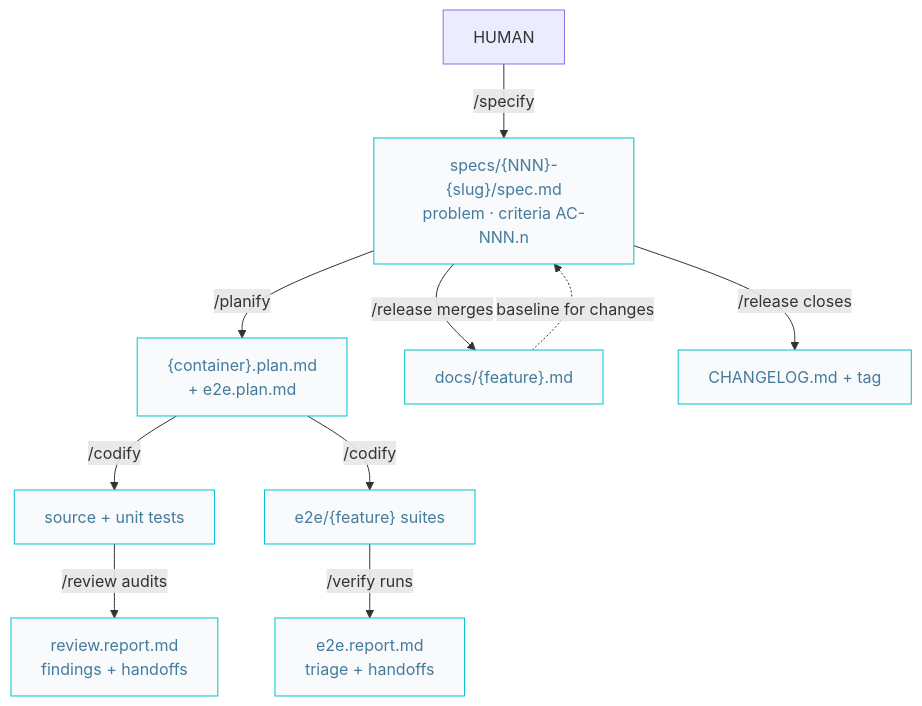
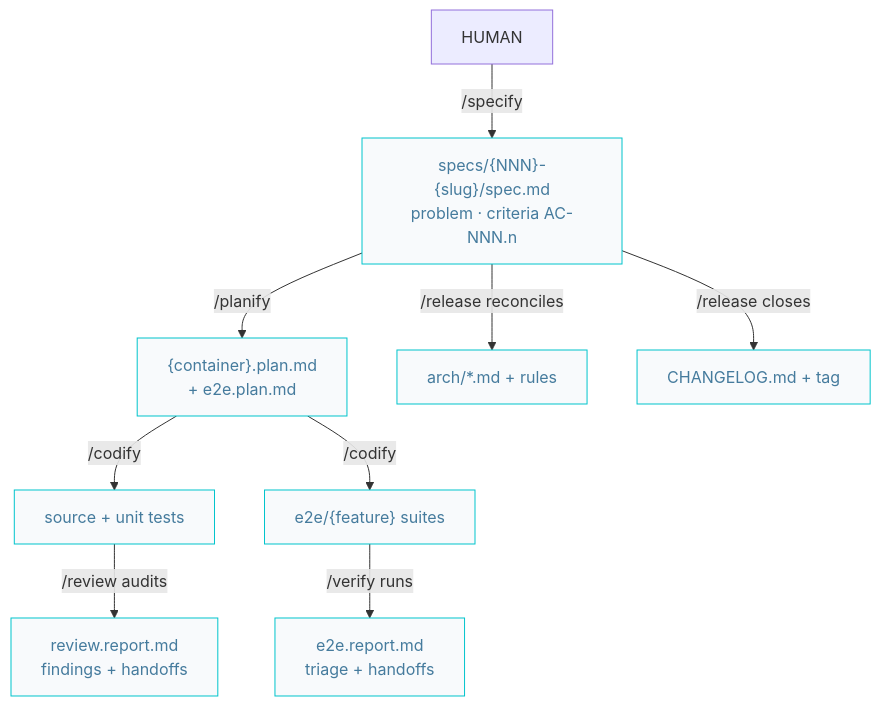
The fourth of 7 diagrams in docs/AIDD.diagrams.md (AIDDbot/AIDDbot), drawn with Mermaid before and after one commit. The commit also changed other lines of this file and 16 other files, not shown here.

````diff
--- a/docs/AIDD.diagrams.md
+++ b/docs/AIDD.diagrams.md
@@ -83,24 +84,23 @@
 ```mermaid
 flowchart TD
   classDef nd fill:#f8fafc,stroke:#00c4cc,color:#457b9d
 
   HUM[HUMAN]
   SPC["specs/{NNN}-{slug}/spec.md<br/>problem · criteria AC-NNN.n"]:::nd
   PLN["{container}.plan.md<br/>+ e2e.plan.md"]:::nd
   SRC["source + unit tests"]:::nd
   E2E["e2e/{feature} suites"]:::nd
   RPT["e2e.report.md<br/>triage + handoffs"]:::nd
   RVR["review.report.md<br/>findings + handoffs"]:::nd
-  DOC["docs/{feature}.md"]:::nd
+  ARC["arch/*.md + rules"]:::nd
   CHL["CHANGELOG.md + tag"]:::nd
 
   HUM -->|/specify| SPC
   SPC -->|/planify| PLN
   PLN -->|/codify| SRC
   PLN -->|/codify| E2E
   E2E -->|/verify runs| RPT
   SRC -->|/review audits| RVR
   SPC -->|/release closes| CHL
-  SPC -->|/release merges| DOC
-  DOC -.baseline for changes.-> SPC
+  SPC -->|/release reconciles| ARC
 ```
````
